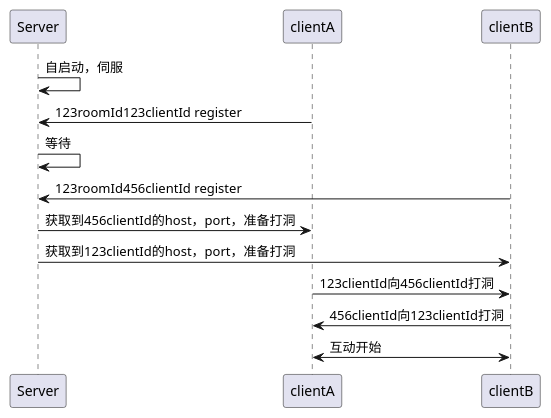
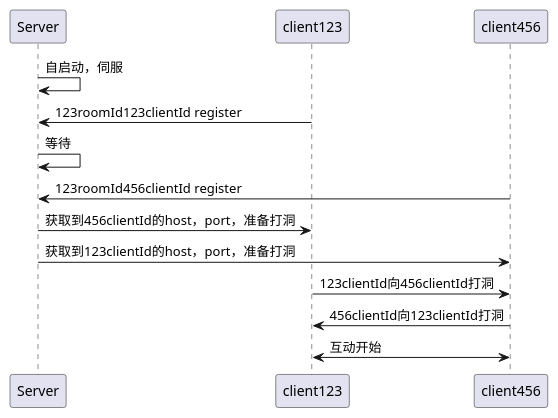
The diagram in src/com/nieyue/p2p/p2p.puml (nieyue/Study), drawn with PlantUML before and after one commit. The commit also changed 14 other files, not shown here.

```diff
--- a/src/com/nieyue/p2p/p2p.puml
+++ b/src/com/nieyue/p2p/p2p.puml
@@ -1,12 +1,12 @@
 @startuml
 Server -> Server: 自启动，伺服
-clientA -> Server: 123roomId123clientId register
+client123 -> Server: 123roomId123clientId register
 Server -> Server: 等待
 
-clientB -> Server: 123roomId456clientId register
-Server -> clientA: 获取到456clientId的host，port，准备打洞
-Server -> clientB: 获取到123clientId的host，port，准备打洞
-clientA -> clientB: 123clientId向456clientId打洞
-clientB -> clientA: 456clientId向123clientId打洞
-clientA <-> clientB: 互动开始
+client456 -> Server: 123roomId456clientId register
+Server -> client123: 获取到456clientId的host，port，准备打洞
+Server -> client456: 获取到123clientId的host，port，准备打洞
+client123 -> client456: 123clientId向456clientId打洞
+client456 -> client123: 456clientId向123clientId打洞
+client123 <-> client456: 互动开始
 @enduml
```
